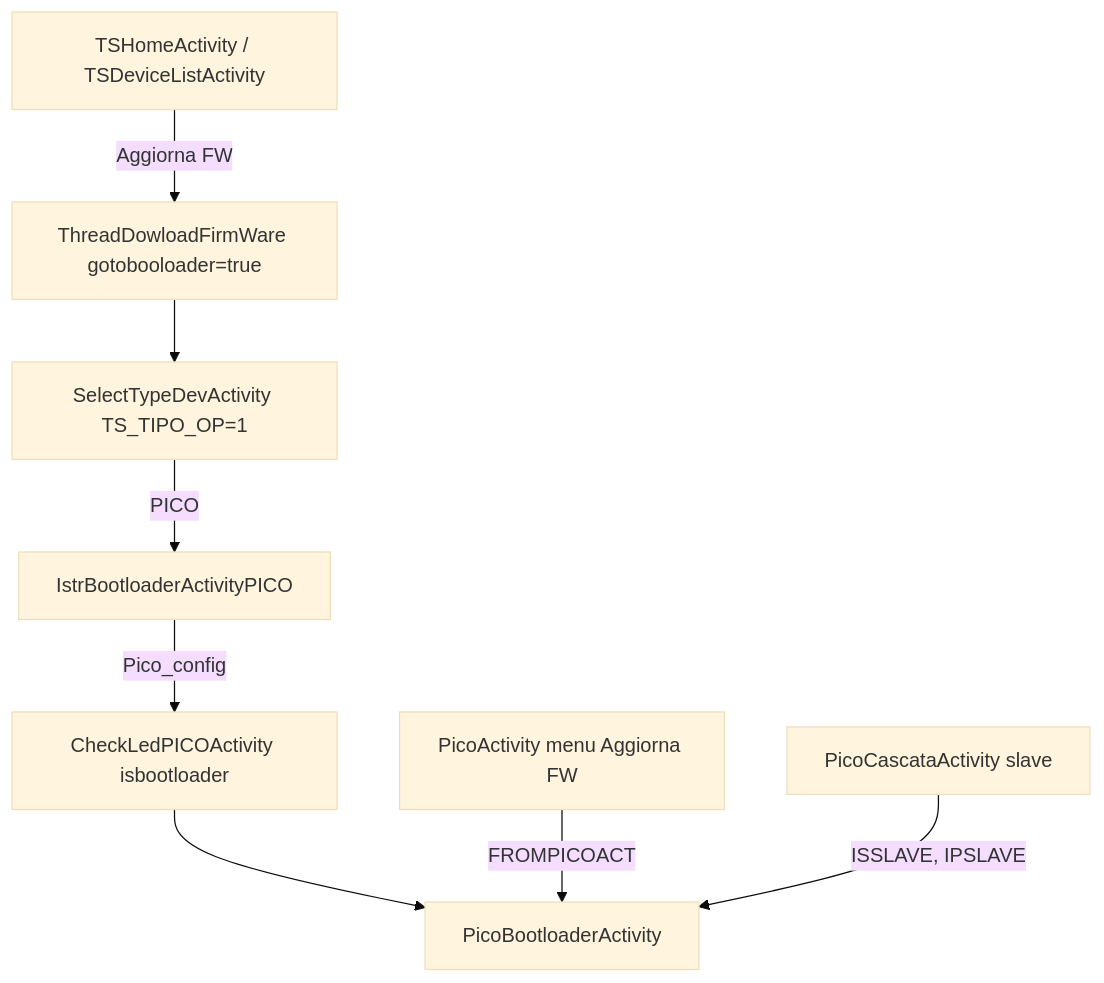
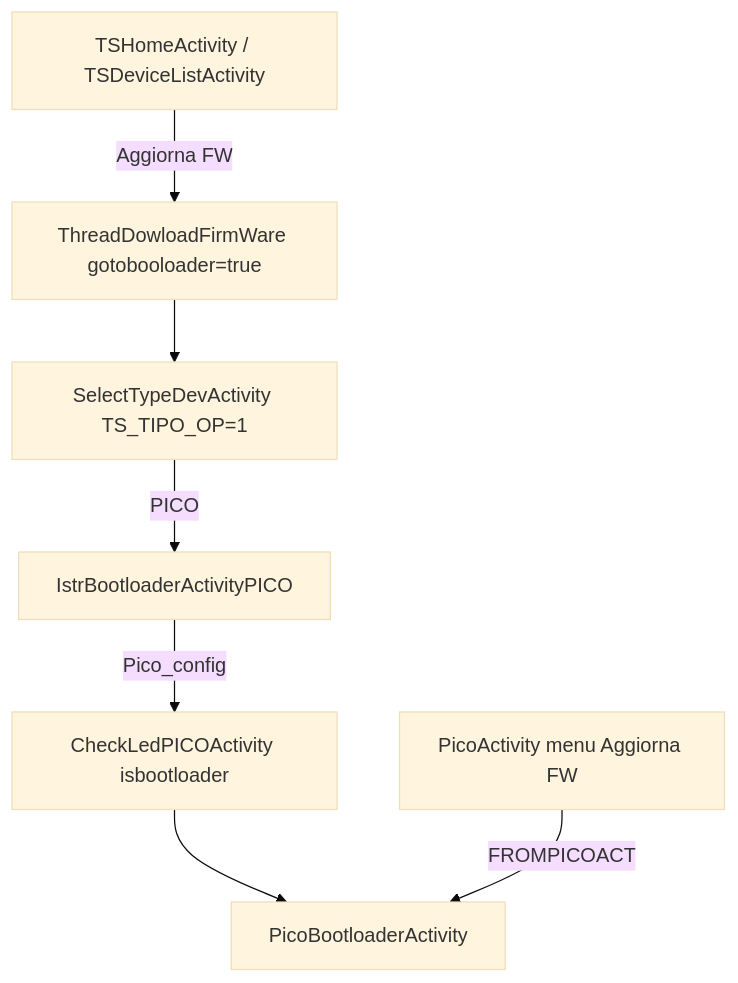
The third of 3 diagrams in docs/app-flows/04-firmware-ota.md (VoidElle/open-pico-local-api), drawn with Mermaid (base theme) before and after one commit. The commit also changed other lines of this file and 5 other files, not shown here.

Commit message:
docs: Added app flows

````diff
--- a/docs/app-flows/04-firmware-ota.md
+++ b/docs/app-flows/04-firmware-ota.md
@@ -415,9 +408,8 @@
 ```mermaid
 flowchart TD
   Home[TSHomeActivity / TSDeviceListActivity] -->|Aggiorna FW| Sync[ThreadDowloadFirmWare gotobooloader=true]
   Sync --> Sel[SelectTypeDevActivity TS_TIPO_OP=1]
   Sel -->|PICO| IBP[IstrBootloaderActivityPICO]
   IBP -->|Pico_config| CLP[CheckLedPICOActivity isbootloader] --> PB[PicoBootloaderActivity]
   PicoAct[PicoActivity menu Aggiorna FW] -->|FROMPICOACT| PB
-  Cascata[PicoCascataActivity slave] -->|ISSLAVE, IPSLAVE| PB
 ```
````
